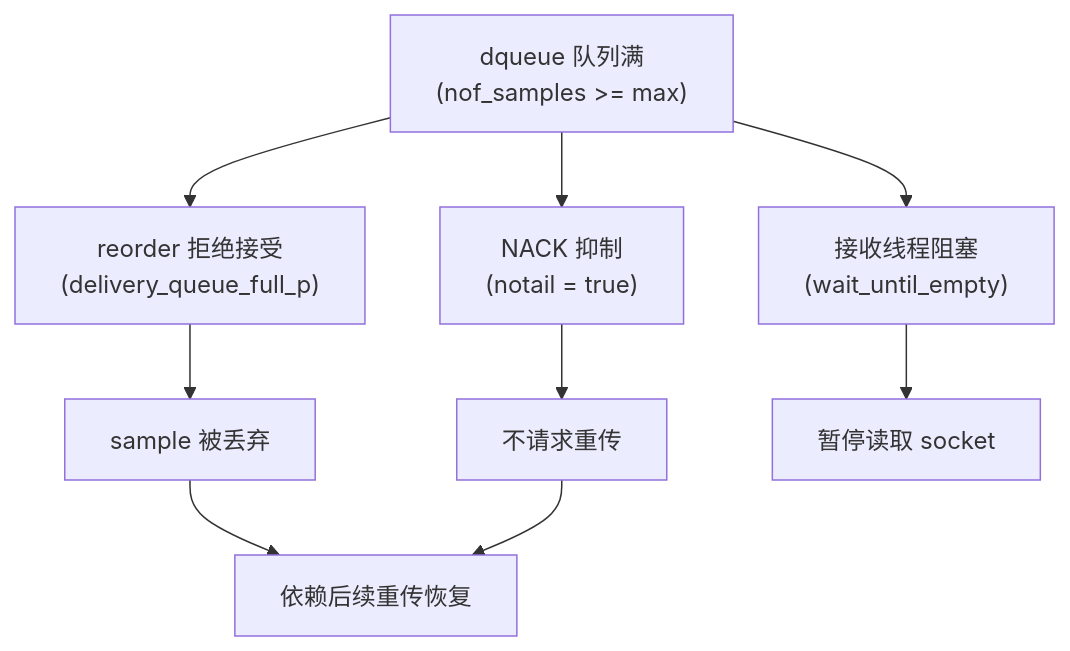
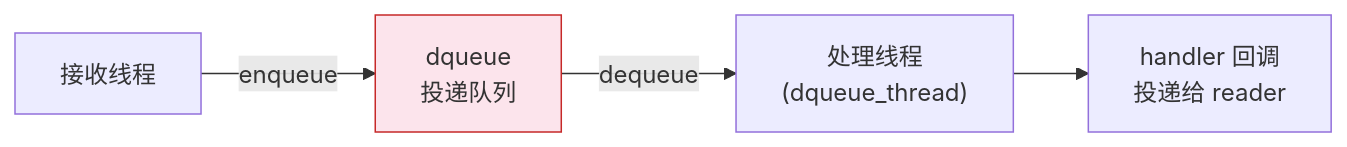
One commit to Learner-Geek-Perfectionist/Cyclone-DDS-Study changed the first of 3 diagrams in study/rbuf-memory-model/05-dqueue.md. Above: the diagram before and after it, drawn with Mermaid. The commit also changed other lines of this file and 1514 other files, not shown here.

````diff
--- a/study/rbuf-memory-model/05-dqueue.md
+++ b/study/rbuf-memory-model/05-dqueue.md
@@ -472,11 +7,8 @@
 ```mermaid
-graph TD
-    A["dqueue 队列满<br/>(nof_samples >= max)"] --> B["reorder 拒绝接受<br/>(delivery_queue_full_p)"]
-    A --> C["NACK 抑制<br/>(notail = true)"]
-    A --> D["接收线程阻塞<br/>(wait_until_empty)"]
-    B --> E[sample 被丢弃]
-    C --> F[不请求重传]
-    D --> G[暂停读取 socket]
-    E --> H[依赖后续重传恢复]
-    F --> H
+graph LR
+    A["接收线程"] -->|"enqueue"| B["dqueue<br/>投递队列"]
+    B -->|"dequeue"| C["处理线程<br/>(dqueue_thread)"]
+    C --> D["handler 回调<br/>投递给 reader"]
+
+    style B fill:#fce4ec,stroke:#c62828
 ```
````
